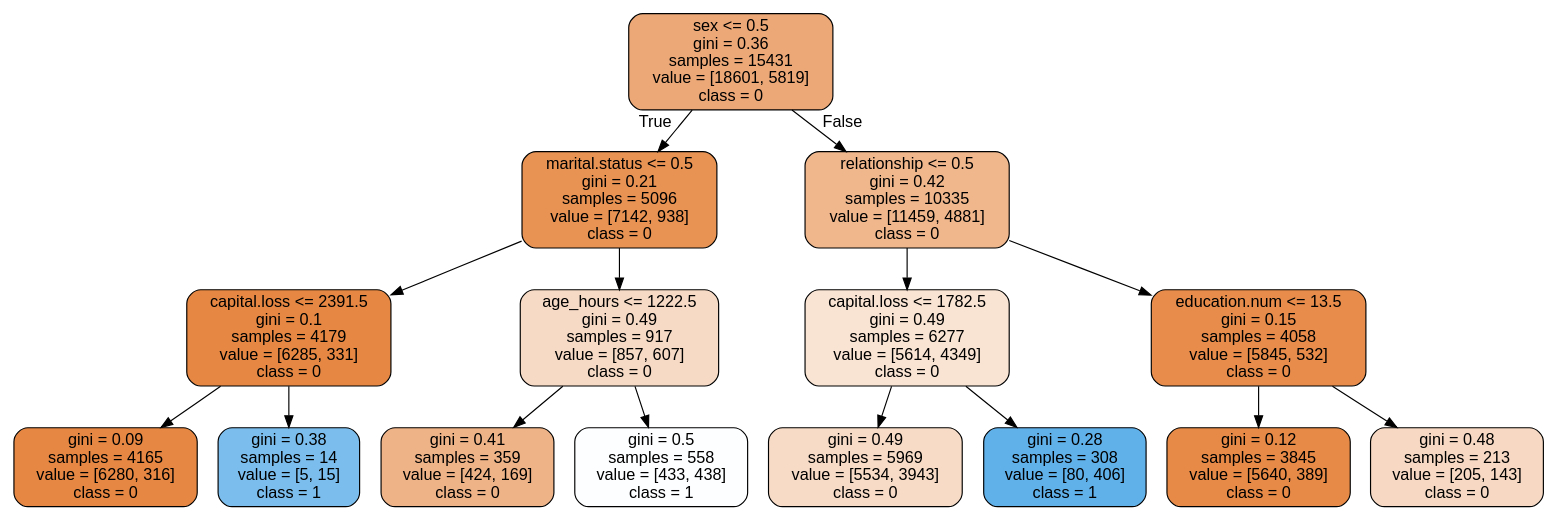
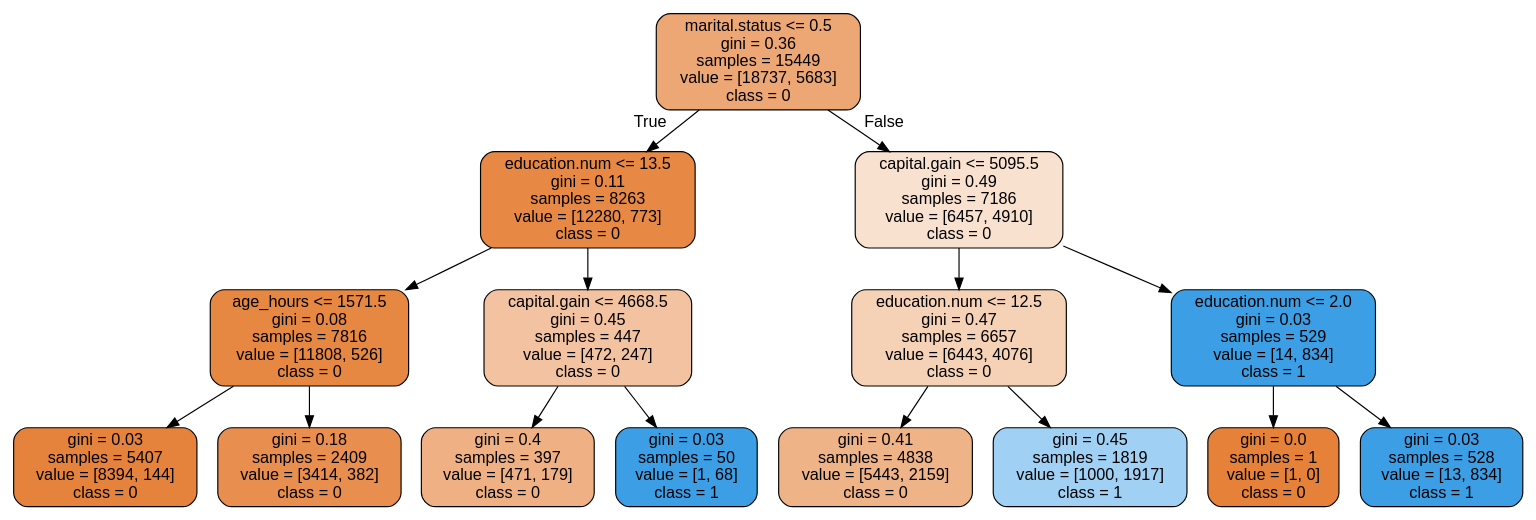
Before and after one commit to 08370011/2019_Data_Mining: the diagram in HW1_Decision_Tree/output/tree_add_new_feature.dot, drawn with Graphviz.

```diff
--- a/HW1_Decision_Tree/output/tree_add_new_feature.dot
+++ b/HW1_Decision_Tree/output/tree_add_new_feature.dot
@@ -1,33 +1,33 @@
 digraph Tree {
 node [shape=box, style="filled, rounded", color="black", fontname=helvetica] ;
 edge [fontname=helvetica] ;
-0 [label="sex <= 0.5\ngini = 0.36\nsamples = 15431\nvalue = [18601, 5819]\nclass = 0", fillcolor="#eda877"] ;
-1 [label="marital.status <= 0.5\ngini = 0.21\nsamples = 5096\nvalue = [7142, 938]\nclass = 0", fillcolor="#e89253"] ;
+0 [label="marital.status <= 0.5\ngini = 0.36\nsamples = 15449\nvalue = [18737, 5683]\nclass = 0", fillcolor="#eda775"] ;
+1 [label="education.num <= 13.5\ngini = 0.11\nsamples = 8263\nvalue = [12280, 773]\nclass = 0", fillcolor="#e78945"] ;
 0 -> 1 [labeldistance=2.5, labelangle=45, headlabel="True"] ;
-2 [label="capital.loss <= 2391.5\ngini = 0.1\nsamples = 4179\nvalue = [6285, 331]\nclass = 0", fillcolor="#e68843"] ;
+2 [label="age_hours <= 1571.5\ngini = 0.08\nsamples = 7816\nvalue = [11808, 526]\nclass = 0", fillcolor="#e68742"] ;
 1 -> 2 ;
-3 [label="gini = 0.09\nsamples = 4165\nvalue = [6280, 316]\nclass = 0", fillcolor="#e68743"] ;
+3 [label="gini = 0.03\nsamples = 5407\nvalue = [8394, 144]\nclass = 0", fillcolor="#e5833c"] ;
 2 -> 3 ;
-4 [label="gini = 0.38\nsamples = 14\nvalue = [5, 15]\nclass = 1", fillcolor="#7bbeee"] ;
+4 [label="gini = 0.18\nsamples = 2409\nvalue = [3414, 382]\nclass = 0", fillcolor="#e88f4f"] ;
 2 -> 4 ;
-5 [label="age_hours <= 1222.5\ngini = 0.49\nsamples = 917\nvalue = [857, 607]\nclass = 0", fillcolor="#f7dac5"] ;
+5 [label="capital.gain <= 4668.5\ngini = 0.45\nsamples = 447\nvalue = [472, 247]\nclass = 0", fillcolor="#f3c3a1"] ;
 1 -> 5 ;
-6 [label="gini = 0.41\nsamples = 359\nvalue = [424, 169]\nclass = 0", fillcolor="#efb388"] ;
+6 [label="gini = 0.4\nsamples = 397\nvalue = [471, 179]\nclass = 0", fillcolor="#efb184"] ;
 5 -> 6 ;
-7 [label="gini = 0.5\nsamples = 558\nvalue = [433, 438]\nclass = 1", fillcolor="#fdfeff"] ;
+7 [label="gini = 0.03\nsamples = 50\nvalue = [1, 68]\nclass = 1", fillcolor="#3c9ee5"] ;
 5 -> 7 ;
-8 [label="relationship <= 0.5\ngini = 0.42\nsamples = 10335\nvalue = [11459, 4881]\nclass = 0", fillcolor="#f0b78d"] ;
+8 [label="capital.gain <= 5095.5\ngini = 0.49\nsamples = 7186\nvalue = [6457, 4910]\nclass = 0", fillcolor="#f9e1d0"] ;
 0 -> 8 [labeldistance=2.5, labelangle=-45, headlabel="False"] ;
-9 [label="capital.loss <= 1782.5\ngini = 0.49\nsamples = 6277\nvalue = [5614, 4349]\nclass = 0", fillcolor="#f9e3d2"] ;
+9 [label="education.num <= 12.5\ngini = 0.47\nsamples = 6657\nvalue = [6443, 4076]\nclass = 0", fillcolor="#f5d1b6"] ;
 8 -> 9 ;
-10 [label="gini = 0.49\nsamples = 5969\nvalue = [5534, 3943]\nclass = 0", fillcolor="#f8dbc6"] ;
+10 [label="gini = 0.41\nsamples = 4838\nvalue = [5443, 2159]\nclass = 0", fillcolor="#efb388"] ;
 9 -> 10 ;
-11 [label="gini = 0.28\nsamples = 308\nvalue = [80, 406]\nclass = 1", fillcolor="#60b0ea"] ;
+11 [label="gini = 0.45\nsamples = 1819\nvalue = [1000, 1917]\nclass = 1", fillcolor="#a0d0f3"] ;
 9 -> 11 ;
-12 [label="education.num <= 13.5\ngini = 0.15\nsamples = 4058\nvalue = [5845, 532]\nclass = 0", fillcolor="#e78c4b"] ;
+12 [label="education.num <= 2.0\ngini = 0.03\nsamples = 529\nvalue = [14, 834]\nclass = 1", fillcolor="#3c9fe5"] ;
 8 -> 12 ;
-13 [label="gini = 0.12\nsamples = 3845\nvalue = [5640, 389]\nclass = 0", fillcolor="#e78a47"] ;
+13 [label="gini = 0.0\nsamples = 1\nvalue = [1, 0]\nclass = 0", fillcolor="#e58139"] ;
 12 -> 13 ;
-14 [label="gini = 0.48\nsamples = 213\nvalue = [205, 143]\nclass = 0", fillcolor="#f7d9c3"] ;
+14 [label="gini = 0.03\nsamples = 528\nvalue = [13, 834]\nclass = 1", fillcolor="#3c9fe5"] ;
 12 -> 14 ;
 }
```
